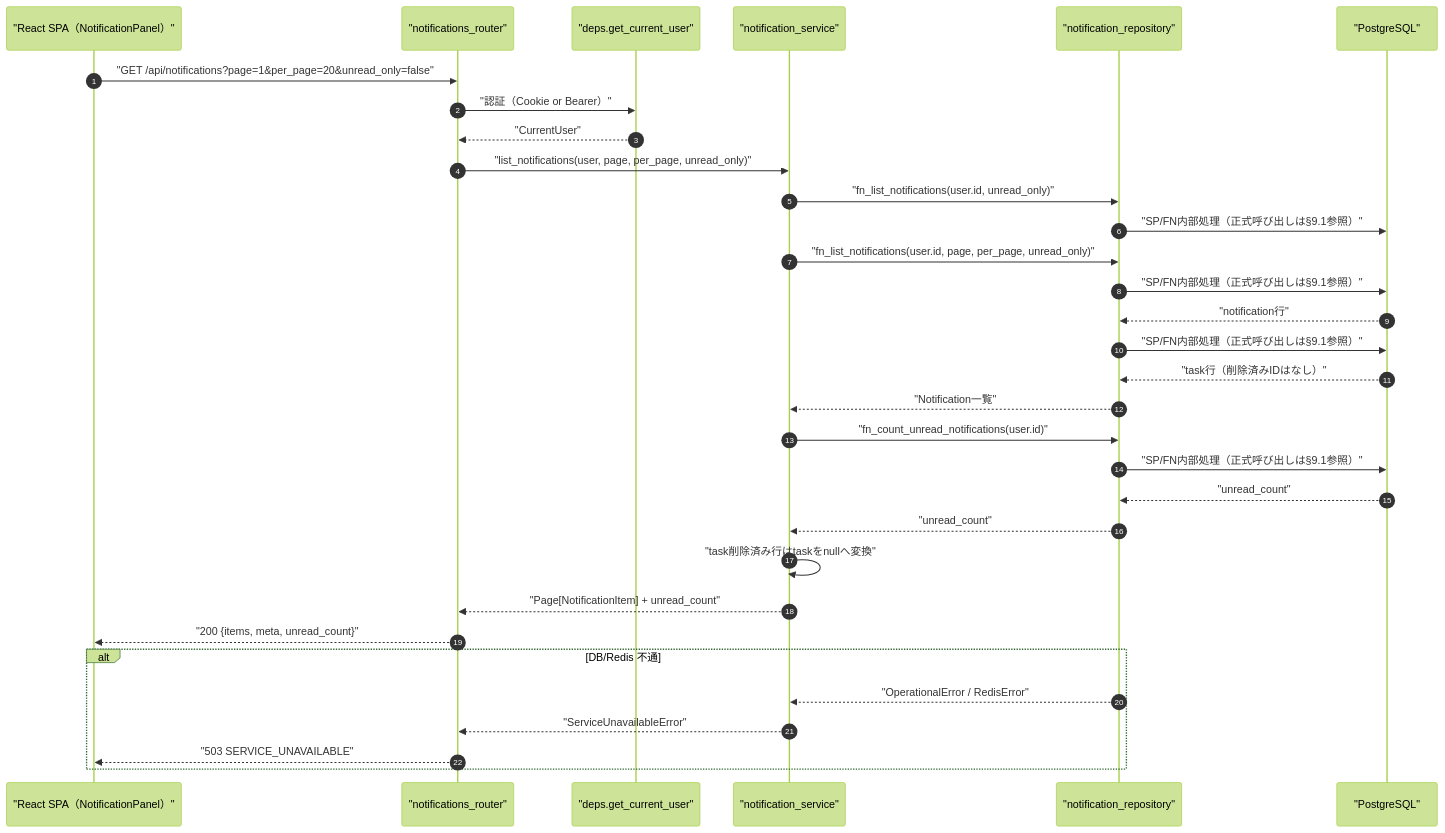
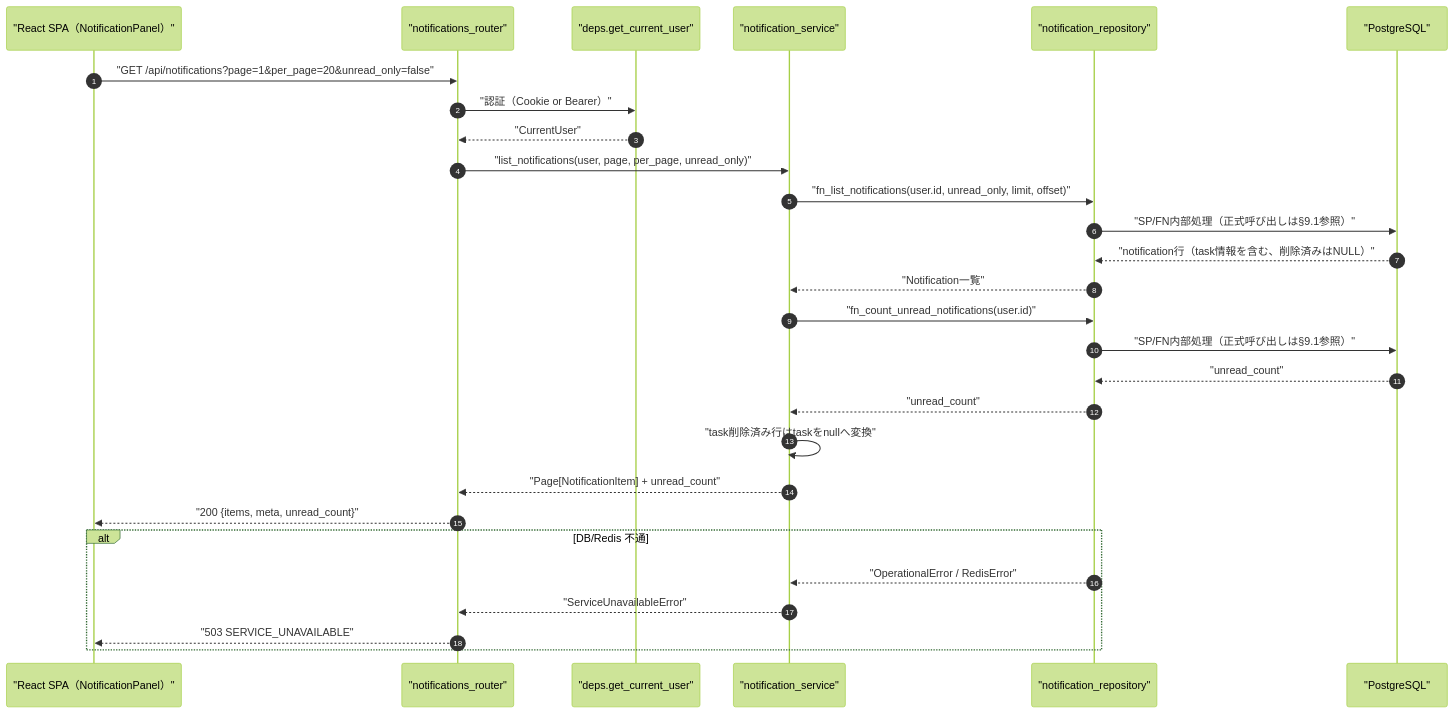
One commit to oikawa-d/task_management changed the first of 4 diagrams in detailed_design/api/notifications/01_get_notifications.md. Above: the diagram before and after it, drawn with Mermaid (forest theme). The commit also changed other lines of this file and 5 other files, not shown here.

````diff
--- a/detailed_design/api/notifications/01_get_notifications.md
+++ b/detailed_design/api/notifications/01_get_notifications.md
@@ -101,35 +101,31 @@
 ```mermaid
 sequenceDiagram
     autonumber
     participant FE as "React SPA（NotificationPanel）"
     participant R as "notifications_router"
     participant D as "deps.get_current_user"
     participant S as "notification_service"
     participant NR as "notification_repository"
     participant PG as "PostgreSQL"
 
     FE->>R: "GET /api/notifications?page=1&per_page=20&unread_only=false"
     R->>D: "認証（Cookie or Bearer）"
     D-->>R: "CurrentUser"
     R->>S: "list_notifications(user, page, per_page, unread_only)"
-    S->>NR: "fn_list_notifications(user.id, unread_only)"
+    S->>NR: "fn_list_notifications(user.id, unread_only, limit, offset)"
     NR->>PG: "SP/FN内部処理（正式呼び出しは§9.1参照）"
-    S->>NR: "fn_list_notifications(user.id, page, per_page, unread_only)"
-    NR->>PG: "SP/FN内部処理（正式呼び出しは§9.1参照）"
-    PG-->>NR: "notification行"
-    NR->>PG: "SP/FN内部処理（正式呼び出しは§9.1参照）"
-    PG-->>NR: "task行（削除済みIDはなし）"
+    PG-->>NR: "notification行（task情報を含む、削除済みはNULL）"
     NR-->>S: "Notification一覧"
     S->>NR: "fn_count_unread_notifications(user.id)"
     NR->>PG: "SP/FN内部処理（正式呼び出しは§9.1参照）"
     PG-->>NR: "unread_count"
     NR-->>S: "unread_count"
     S->>S: "task削除済み行はtaskをnullへ変換"
     S-->>R: "Page[NotificationItem] + unread_count"
     R-->>FE: "200 {items, meta, unread_count}"
     alt DB/Redis 不通
         NR-->>S: "OperationalError / RedisError"
         S-->>R: "ServiceUnavailableError"
         R-->>FE: "503 SERVICE_UNAVAILABLE"
     end
 ```
````
